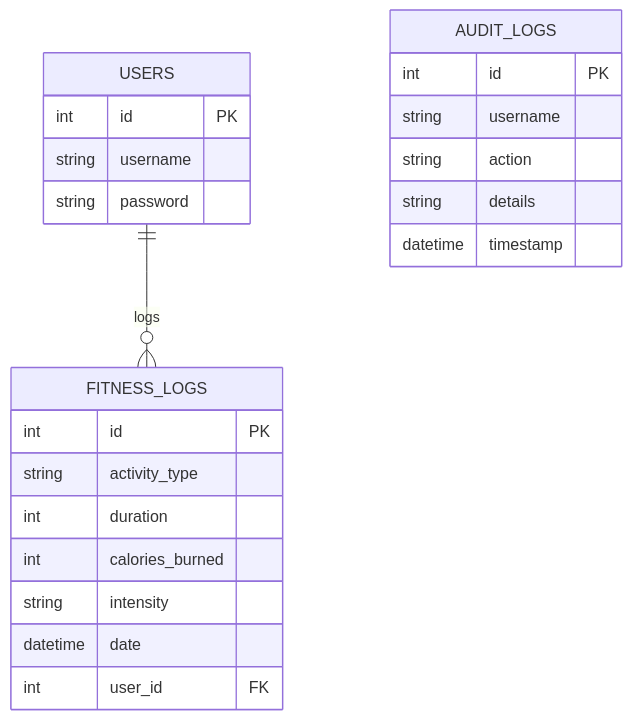
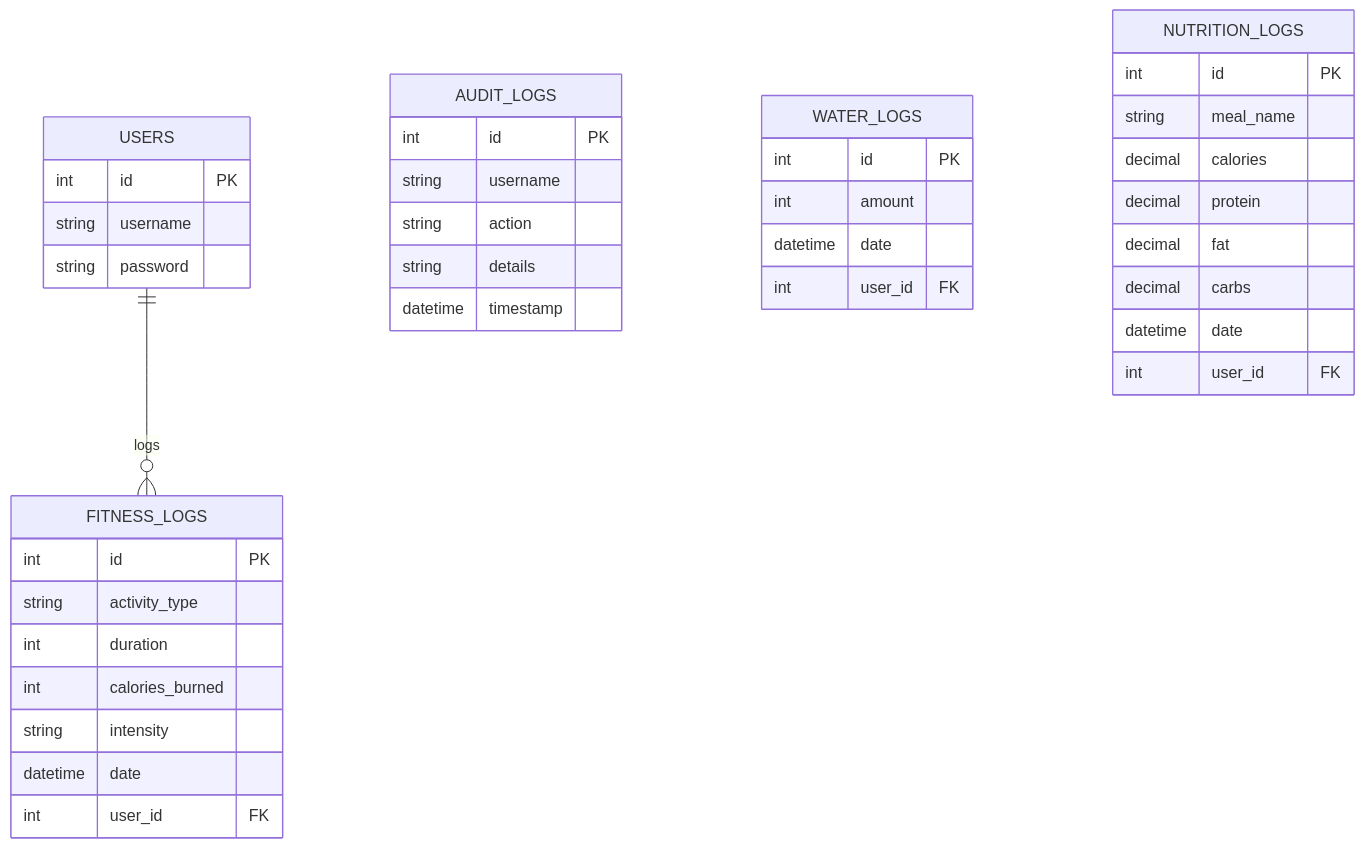
Before and after one commit to NayNaax/10_health_33788346: the second of 2 diagrams in report.md, drawn with Mermaid. The commit also changed other lines of this file and 9 other files, not shown here.

Commit message:
feat: Implement initial application structure, database schema, and core views for fitness and nutrition tracking.

````diff
--- a/report.md
+++ b/report.md
@@ -35,25 +36,41 @@
 ```mermaid
 erDiagram
     USERS ||--o{ FITNESS_LOGS : "logs"
     USERS {
         int id PK
         string username
         string password
     }
     FITNESS_LOGS {
         int id PK
         string activity_type
         int duration
         int calories_burned
         string intensity
         datetime date
         int user_id FK
     }
     AUDIT_LOGS {
         int id PK
         string username
         string action
         string details
         datetime timestamp
     }
+    WATER_LOGS {
+        int id PK
+        int amount
+        datetime date
+        int user_id FK
+    }
+    NUTRITION_LOGS {
+        int id PK
+        string meal_name
+        decimal calories
+        decimal protein
+        decimal fat
+        decimal carbs
+        datetime date
+        int user_id FK
+    }
 ```
````
